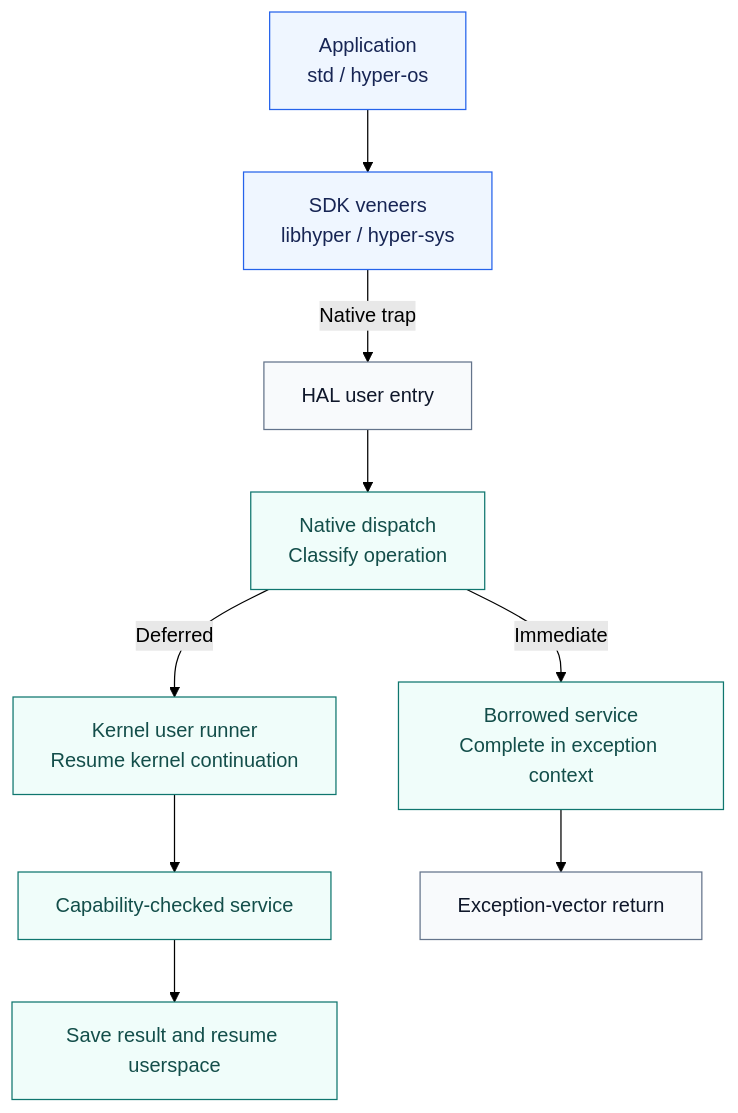
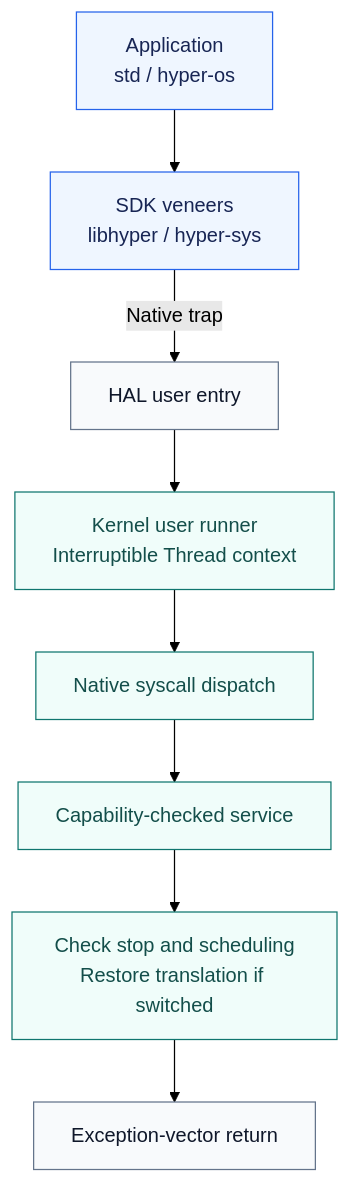
Before and after one commit to HypeR-Proj/HypeR: the second of 9 diagrams in docs/reading-the-code.md, drawn with Mermaid (forest theme). The commit also changed other lines of this file and 81 other files, not shown here.

Commit message:
refactor(kernel): run Native syscalls on sleepable thread stacks

````diff
--- a/docs/reading-the-code.md
+++ b/docs/reading-the-code.md
@@ -207,17 +207,16 @@
 ```mermaid
 flowchart TB
     app["Application<br/>std / hyper-os"] --> sdk["SDK veneers<br/>libhyper / hyper-sys"]
     sdk -->|Native trap| entry["HAL user entry"]
-    entry --> dispatch["Native dispatch<br/>Classify operation"]
-    dispatch -->|Immediate| direct["Borrowed service<br/>Complete in exception context"]
-    dispatch -->|Deferred| runner["Kernel user runner<br/>Resume kernel continuation"]
-    runner --> service["Capability-checked service"]
-    direct --> vector["Exception-vector return"]
-    service --> saved["Save result and resume userspace"]
+    entry --> runner["Kernel user runner<br/>Interruptible Thread context"]
+    runner --> dispatch["Native syscall dispatch"]
+    dispatch --> service["Capability-checked service"]
+    service --> resume["Check stop and scheduling<br/>Restore translation if switched"]
+    resume --> vector["Exception-vector return"]
     class app,sdk app
-    class dispatch,direct,runner,service,saved core
+    class dispatch,runner,service,resume core
     class entry,vector machine
     classDef app fill:#eff6ff,stroke:#2563eb,color:#172554
     classDef core fill:#f0fdfa,stroke:#0f766e,color:#134e4a
     classDef machine fill:#f8fafc,stroke:#64748b,color:#0f172a
 ```
````
